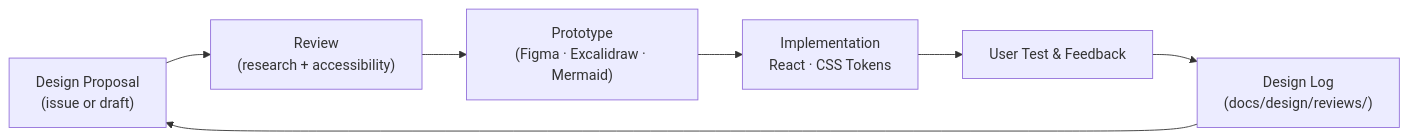
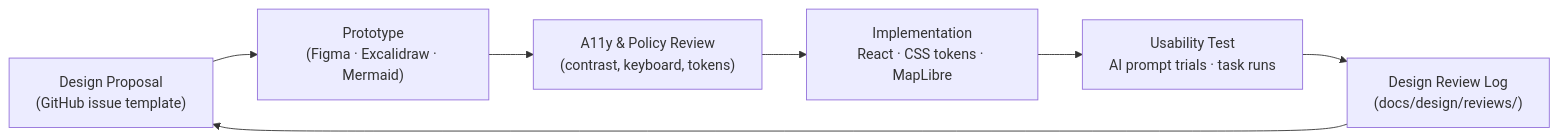
Before and after one commit to bartytime4life/Kansas-Frontier-Matrix: the second of 2 diagrams in docs/design/README.md, drawn with Mermaid. The commit also changed other lines of this file, not shown here.

First line of the commit message:
Revise design documentation for clarity and updates

````diff
--- a/docs/design/README.md
+++ b/docs/design/README.md
@@ -94,9 +188,9 @@
 ```mermaid
 flowchart LR
-    A["Design Proposal\n(issue or draft)"] --> B["Review\n(research + accessibility)"]
-    B --> C["Prototype\n(Figma · Excalidraw · Mermaid)"]
-    C --> D["Implementation\nReact · CSS Tokens"]
-    D --> E["User Test & Feedback"]
-    E --> F["Design Log\n(docs/design/reviews/)"]
+    A["Design Proposal\n(GitHub issue template)"] --> B["Prototype\n(Figma · Excalidraw · Mermaid)"]
+    B --> C["A11y & Policy Review\n(contrast, keyboard, tokens)"]
+    C --> D["Implementation\nReact · CSS tokens · MapLibre"]
+    D --> E["Usability Test\nAI prompt trials · task runs"]
+    E --> F["Design Review Log\n(docs/design/reviews/)"]
     F --> A
 ```
````
